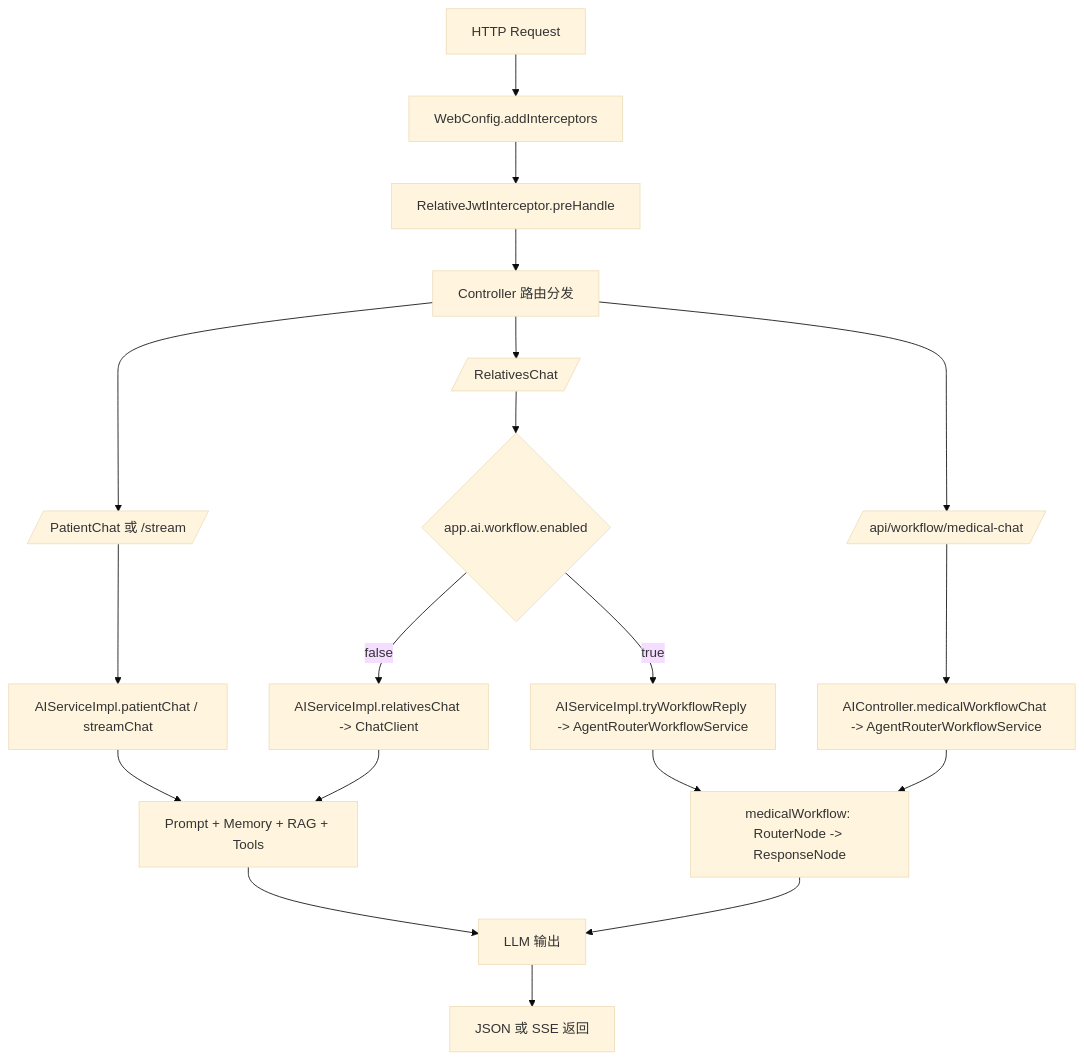
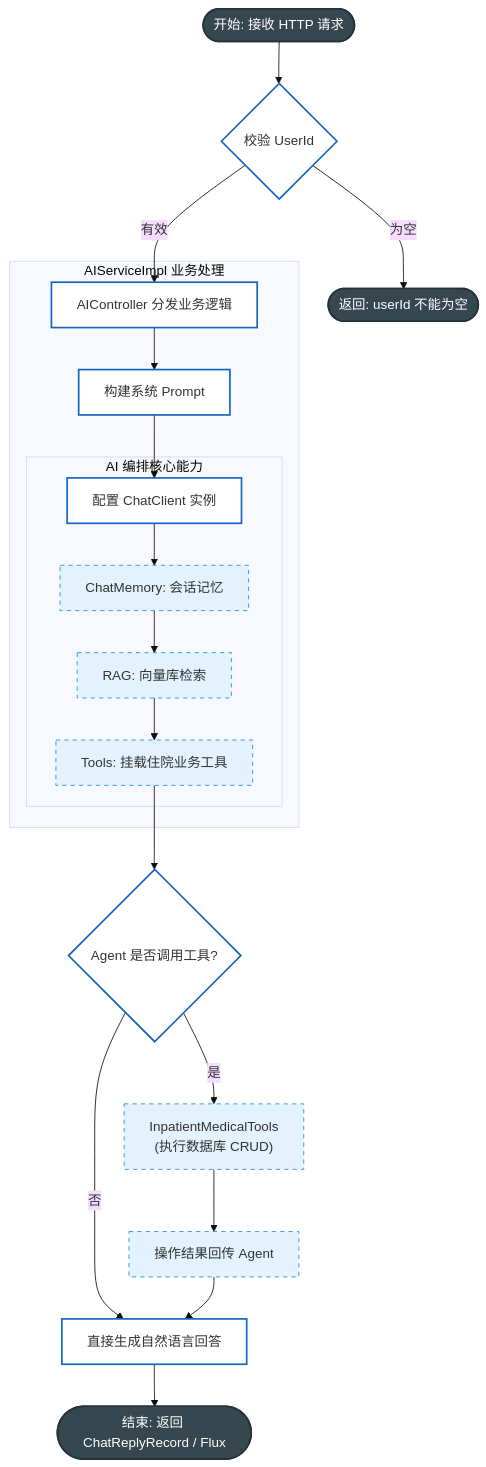
The second of 5 diagrams in README.md (6666ccc/SunnySide-), drawn with Mermaid (base theme) before and after one commit. The commit also changed other lines of this file and 12 other files, not shown here.

Commit message:
I cleaned up unnecessary files, added some comments, and improved the flowchart.

````diff
--- a/README.md
+++ b/README.md
@@ -52,25 +99,33 @@
 ```mermaid
 flowchart TD
-    A[HTTP Request] --> B[WebConfig.addInterceptors]
-    B --> C[RelativeJwtInterceptor.preHandle]
-    C --> D[Controller 路由分发]
+    %% 样式定义
+    classDef start_end fill:#37474f,stroke:#263238,color:#fff,stroke-width:2px;
+    classDef node_box fill:#ffffff,stroke:#1565c0,stroke-width:2px;
+    classDef tool_box fill:#e3f2fd,stroke:#1e88e5,stroke-dasharray: 5 5;
 
-    D --> E1[/PatientChat 或 /stream/]
-    D --> E2[/RelativesChat/]
-    D --> E3[/api/workflow/medical-chat/]
+    START([开始: 接收 HTTP 请求]) --> B{校验 UserId}
+    B -- 为空 --> ERR([返回: userId 不能为空])
+    B -- 有效 --> D[AIController 分发业务逻辑]
 
-    E1 --> F1[AIServiceImpl.patientChat / streamChat]
-    E2 --> F2{app.ai.workflow.enabled}
-    F2 -- false --> F3[AIServiceImpl.relativesChat -> ChatClient]
-    F2 -- true --> F4[AIServiceImpl.tryWorkflowReply -> AgentRouterWorkflowService]
-    E3 --> F5[AIController.medicalWorkflowChat -> AgentRouterWorkflowService]
+    subgraph Service_Logic ["AIServiceImpl 业务处理"]
+        D --> E[构建系统 Prompt]
+        E --> F[配置 ChatClient 实例]
+        subgraph AI_Engine ["AI 编排核心能力"]
+            F --> F1[ChatMemory: 会话记忆]
+            F1 --> F2[RAG: 向量库检索]
+            F2 --> F3[Tools: 挂载住院业务工具]
+        end
+    end
 
-    F1 --> G[Prompt + Memory + RAG + Tools]
-    F3 --> G
-    F4 --> H[medicalWorkflow: RouterNode -> ResponseNode]
-    F5 --> H
+    F3 --> G{Agent 是否调用工具?}
+    G -- 是 --> J["InpatientMedicalTools<br/>(执行数据库 CRUD)"]
+    G -- 否 --> I[直接生成自然语言回答]
+    J --> N[操作结果回传 Agent]
+    N --> I
+    I --> OUT([结束: 返回 ChatReplyRecord / Flux])
 
-    G --> I[LLM 输出]
-    H --> I
-    I --> J[JSON 或 SSE 返回]
+    %% 样式指派
+    class START,ERR,OUT start_end;
+    class B,D,E,F,G,I node_box;
+    class F1,F2,F3,J,N tool_box;
 ```
````
